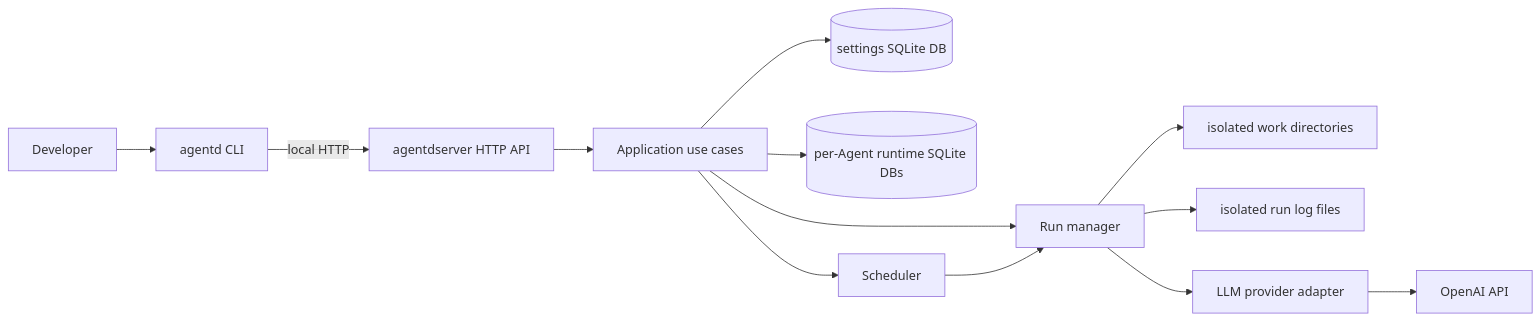
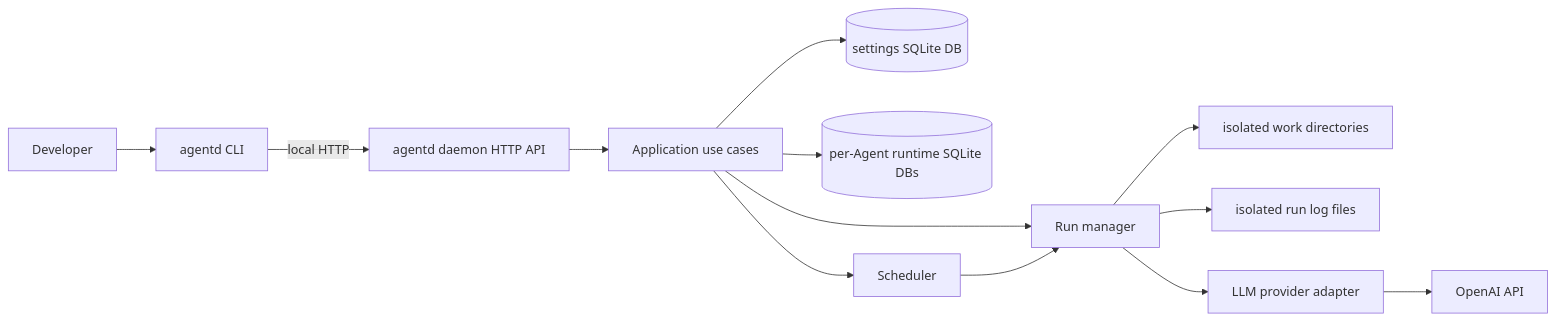
Before and after one commit to vitalii-honchar/agentd: the first of 3 diagrams in README.md, drawn with Mermaid. The commit also changed other lines of this file and 133 other files, not shown here.

````diff
--- a/README.md
+++ b/README.md
@@ -143,15 +143,15 @@
 ```mermaid
 flowchart LR
     user[Developer] --> cli[agentd CLI]
-    cli -->|local HTTP| api[agentdserver HTTP API]
+    cli -->|local HTTP| api[agentd daemon HTTP API]
     api --> app[Application use cases]
     app --> settings[(settings SQLite DB)]
     app --> runtime[(per-Agent runtime SQLite DBs)]
     app --> scheduler[Scheduler]
     app --> runner[Run manager]
     scheduler --> runner
     runner --> workdirs[isolated work directories]
     runner --> logs[isolated run log files]
     runner --> provider[LLM provider adapter]
     provider --> openai[OpenAI API]
 ```
````
